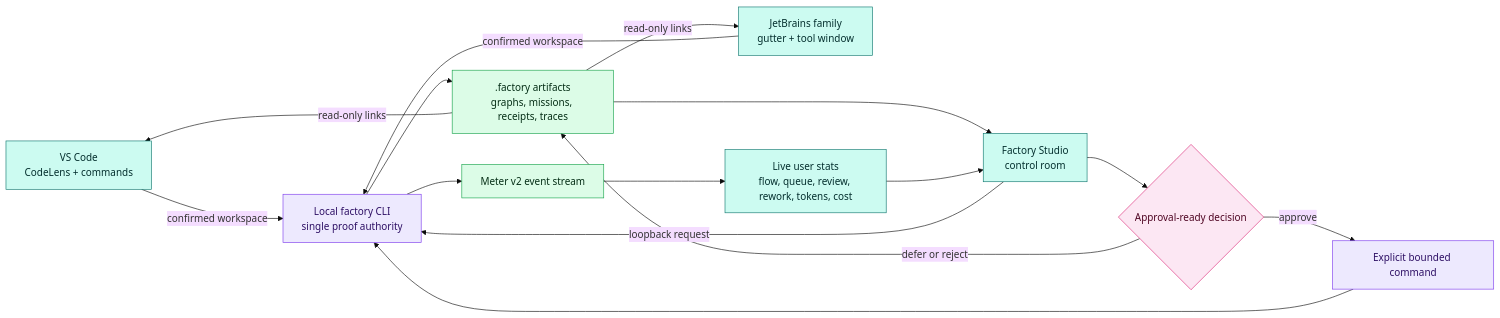
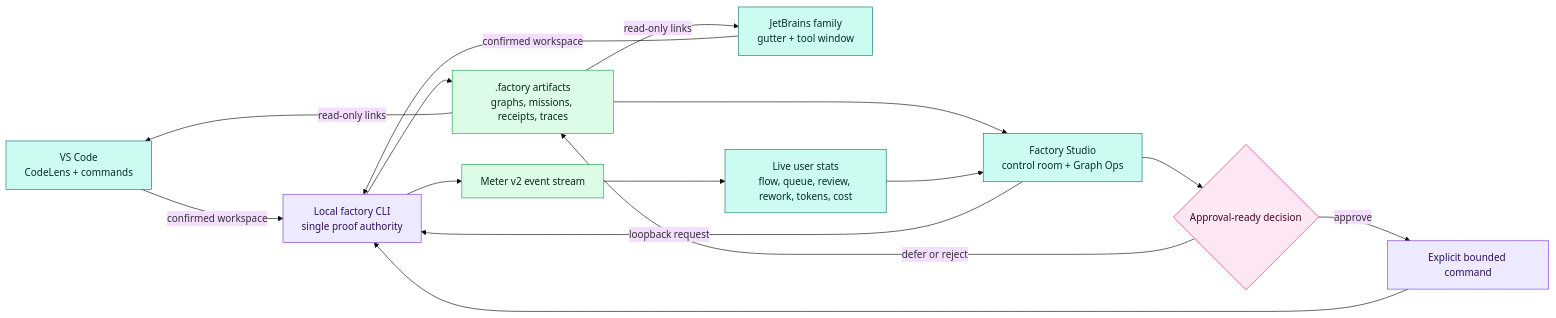
One commit to zrk222/code-factory changed the third of 3 diagrams in docs/ARCHITECTURE.md. Above: the diagram before and after it, drawn with Mermaid (base theme). The commit also changed other lines of this file and 45 other files, not shown here.

Commit message:
feat: add unified graph ops and instant mvp path

````diff
--- a/docs/ARCHITECTURE.md
+++ b/docs/ARCHITECTURE.md
@@ -141,35 +141,35 @@
 ```mermaid
 flowchart LR
     VSC["VS Code<br/>CodeLens + commands"]
     JB["JetBrains family<br/>gutter + tool window"]
-    ST["Factory Studio<br/>control room"]
+    ST["Factory Studio<br/>control room + Graph Ops"]
     CLI["Local factory CLI<br/>single proof authority"]
     ART[".factory artifacts<br/>graphs, missions, receipts, traces"]
     M2["Meter v2 event stream"]
     DASH["Live user stats<br/>flow, queue, review, rework, tokens, cost"]
     DEC{"Approval-ready decision"}
     EXEC["Explicit bounded command"]
 
     VSC -->|"confirmed workspace"| CLI
     JB -->|"confirmed workspace"| CLI
     ST -->|"loopback request"| CLI
     CLI --> ART
     ART -->|"read-only links"| VSC
     ART -->|"read-only links"| JB
     ART --> ST
     CLI --> M2 --> DASH
     DASH --> ST
     ST --> DEC
     DEC -->|"approve"| EXEC --> CLI
     DEC -->|"defer or reject"| ART
 
     classDef surface fill:#ccfbf1,stroke:#0f766e,color:#042f2e
     classDef authority fill:#fce7f3,stroke:#db2777,color:#500724
     classDef engine fill:#ede9fe,stroke:#7c3aed,color:#2e1065
     classDef evidence fill:#dcfce7,stroke:#16a34a,color:#052e16
     classDef action fill:#fef3c7,stroke:#d97706,color:#451a03
     class VSC,JB,ST,DASH surface
     class DEC authority
     class CLI,EXEC engine
     class ART,M2 evidence
 ```
````
